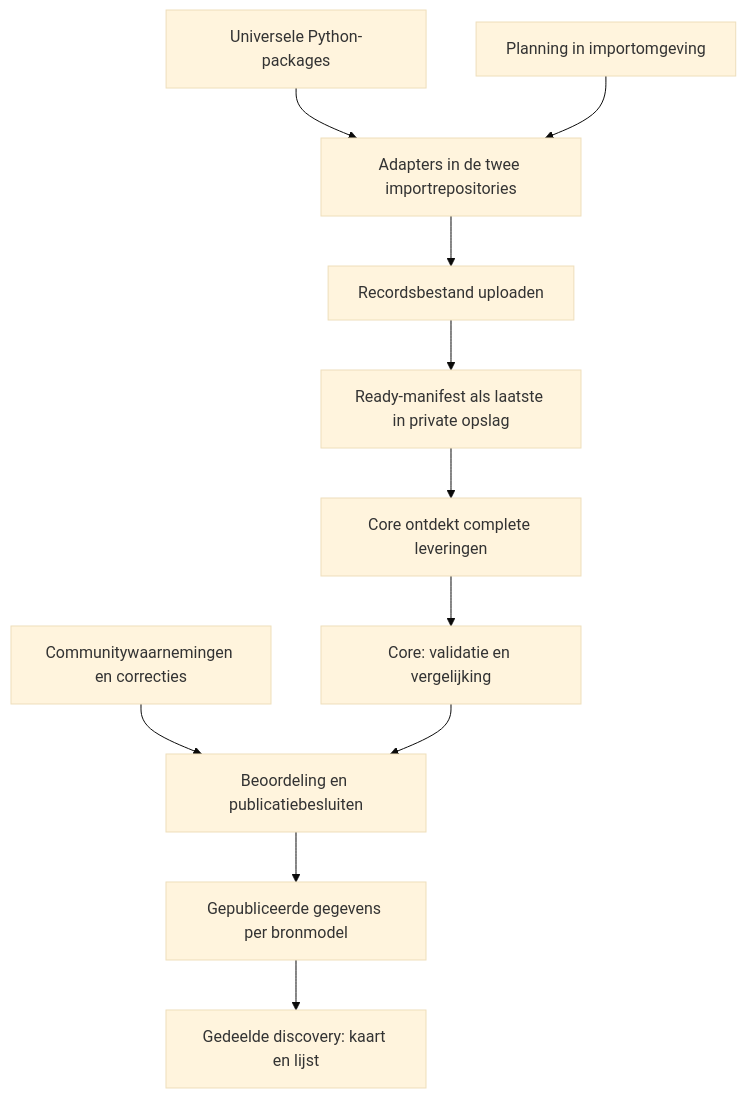
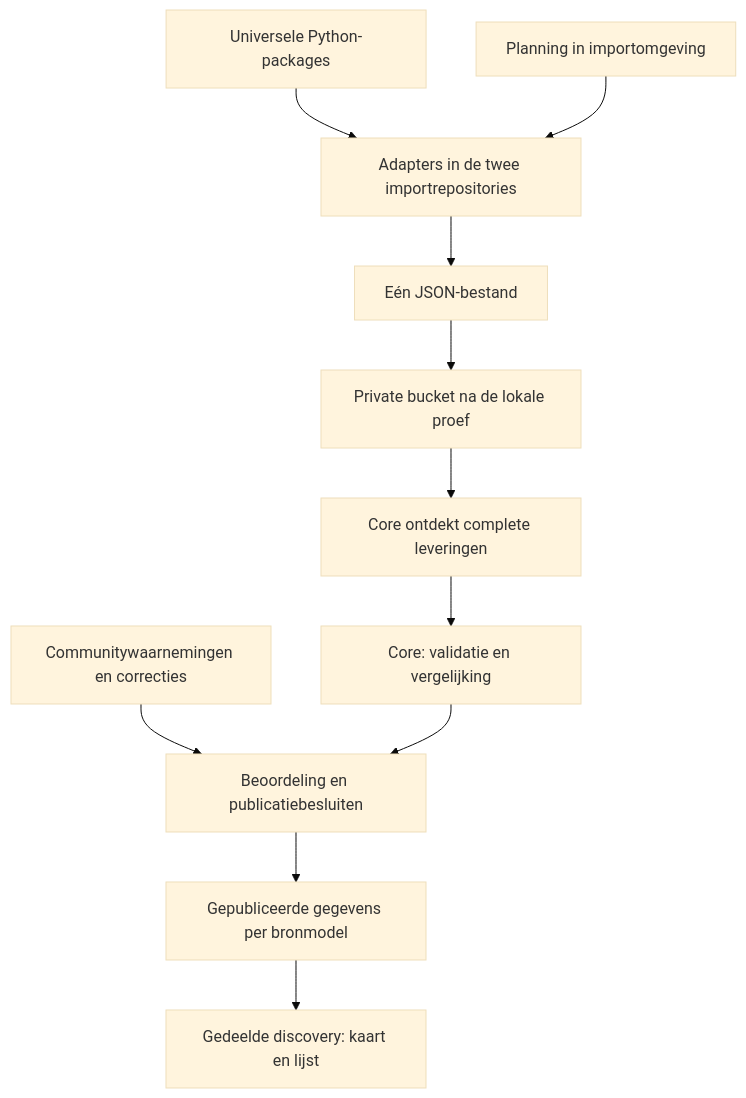
One commit to NIPKaart/core changed the diagram in docs/product/data-foundation.md. Above: the diagram before and after it, drawn with Mermaid (base theme). The commit also changed other lines of this file and 4 other files, not shown here.

````diff
--- a/docs/product/data-foundation.md
+++ b/docs/product/data-foundation.md
@@ -66,13 +66,13 @@
 ```mermaid
 flowchart TD
     U[Universele Python-packages] --> A[Adapters in de twee importrepositories]
     T[Planning in importomgeving] --> A
-    A --> B[Recordsbestand uploaden]
-    B --> M[Ready-manifest als laatste in private opslag]
+    A --> B[Eén JSON-bestand]
+    B --> M[Private bucket na de lokale proef]
     M --> C[Core ontdekt complete leveringen]
     C --> V[Core: validatie en vergelijking]
     R[Communitywaarnemingen en correcties] --> D[Beoordeling en publicatiebesluiten]
     V --> D
     D --> P[Gepubliceerde gegevens per bronmodel]
     P --> Q[Gedeelde discovery: kaart en lijst]
 ```
````
